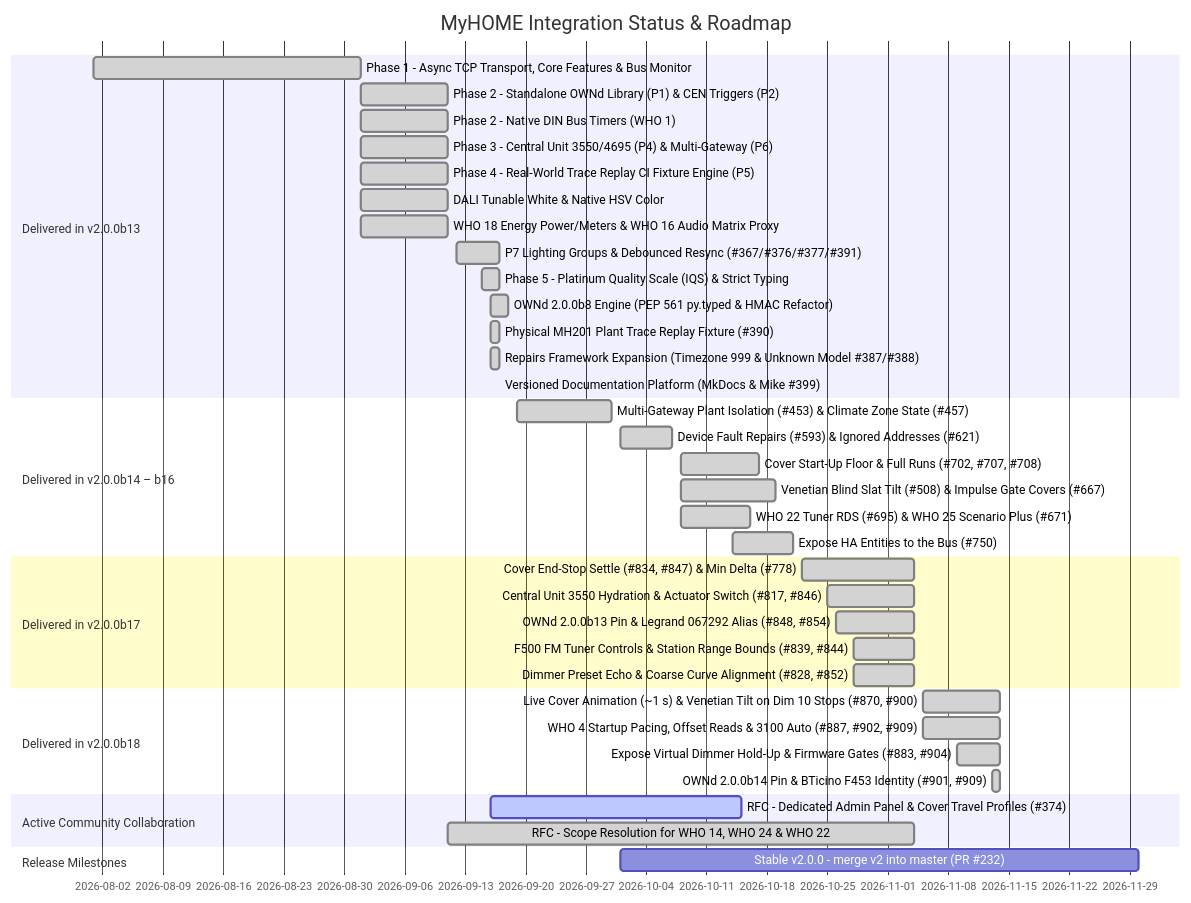
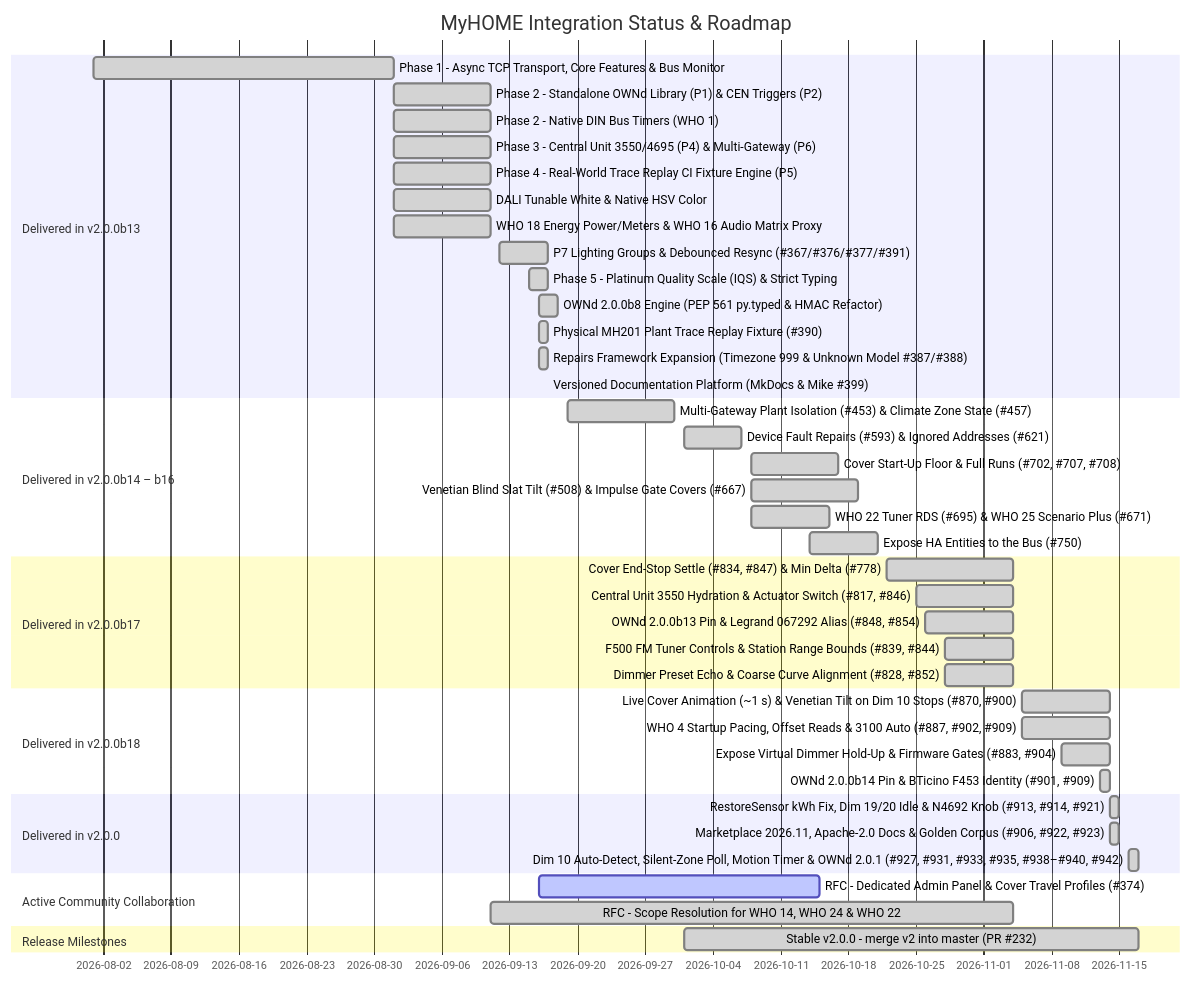
One commit to OpenWebNet-HA/MyHOME changed the first of 3 diagrams in ROADMAP.md. Above: the diagram before and after it, drawn with Mermaid. The commit also changed other lines of this file and 22 other files, not shown here.

````diff
--- a/ROADMAP.md
+++ b/ROADMAP.md
@@ -13,42 +13,46 @@
 ```mermaid
 gantt
     title MyHOME Integration Status & Roadmap
     dateFormat  YYYY-MM-DD
     section Delivered in v2.0.0b13
     Phase 1 - Async TCP Transport, Core Features & Bus Monitor      :done, 2026-08-01, 2026-09-01
     Phase 2 - Standalone OWNd Library (P1) & CEN Triggers (P2)      :done, 2026-09-01, 2026-09-11
     Phase 2 - Native DIN Bus Timers (WHO 1)                         :done, 2026-09-01, 2026-09-11
     Phase 3 - Central Unit 3550/4695 (P4) & Multi-Gateway (P6)      :done, 2026-09-01, 2026-09-11
     Phase 4 - Real-World Trace Replay CI Fixture Engine (P5)        :done, 2026-09-01, 2026-09-11
     DALI Tunable White & Native HSV Color                           :done, 2026-09-01, 2026-09-11
     WHO 18 Energy Power/Meters & WHO 16 Audio Matrix Proxy          :done, 2026-09-01, 2026-09-11
     P7 Lighting Groups & Debounced Resync (#367/#376/#377/#391)     :done, 2026-09-12, 2026-09-17
     Phase 5 - Platinum Quality Scale (IQS) & Strict Typing          :done, 2026-09-15, 2026-09-17
     OWNd 2.0.0b8 Engine (PEP 561 py.typed & HMAC Refactor)          :done, 2026-09-16, 2026-09-18
     Physical MH201 Plant Trace Replay Fixture (#390)                :done, 2026-09-16, 2026-09-17
     Repairs Framework Expansion (Timezone 999 & Unknown Model #387/#388) :done, 2026-09-16, 2026-09-17
     Versioned Documentation Platform (MkDocs & Mike #399)           :done, 2026-09-17, 2026-09-17
     section Delivered in v2.0.0b14 – b16
     Multi-Gateway Plant Isolation (#453) & Climate Zone State (#457) :done, 2026-09-19, 2026-09-30
     Device Fault Repairs (#593) & Ignored Addresses (#621)          :done, 2026-10-01, 2026-10-07
     Cover Start-Up Floor & Full Runs (#702, #707, #708)             :done, 2026-10-08, 2026-10-17
     Venetian Blind Slat Tilt (#508) & Impulse Gate Covers (#667)    :done, 2026-10-08, 2026-10-19
     WHO 22 Tuner RDS (#695) & WHO 25 Scenario Plus (#671)           :done, 2026-10-08, 2026-10-16
     Expose HA Entities to the Bus (#750)                            :done, 2026-10-14, 2026-10-21
     section Delivered in v2.0.0b17
     Cover End-Stop Settle (#834, #847) & Min Delta (#778)           :done, 2026-10-22, 2026-11-04
     Central Unit 3550 Hydration & Actuator Switch (#817, #846)       :done, 2026-10-25, 2026-11-04
     OWNd 2.0.0b13 Pin & Legrand 067292 Alias (#848, #854)           :done, 2026-10-26, 2026-11-04
     F500 FM Tuner Controls & Station Range Bounds (#839, #844)       :done, 2026-10-28, 2026-11-04
     Dimmer Preset Echo & Coarse Curve Alignment (#828, #852)         :done, 2026-10-28, 2026-11-04
     section Delivered in v2.0.0b18
     Live Cover Animation (~1 s) & Venetian Tilt on Dim 10 Stops (#870, #900) :done, 2026-11-05, 2026-11-14
     WHO 4 Startup Pacing, Offset Reads & 3100 Auto (#887, #902, #909) :done, 2026-11-05, 2026-11-14
     Expose Virtual Dimmer Hold-Up & Firmware Gates (#883, #904)      :done, 2026-11-09, 2026-11-14
     OWNd 2.0.0b14 Pin & BTicino F453 Identity (#901, #909)           :done, 2026-11-13, 2026-11-14
+    section Delivered in v2.0.0
+    RestoreSensor kWh Fix, Dim 19/20 Idle & N4692 Knob (#913, #914, #921) :done, 2026-11-14, 2026-11-15
+    Marketplace 2026.11, Apache-2.0 Docs & Golden Corpus (#906, #922, #923) :done, 2026-11-14, 2026-11-15
+    Dim 10 Auto-Detect, Silent-Zone Poll, Motion Timer & OWNd 2.0.1 (#927, #931, #933, #935, #938–#940, #942) :done, 2026-11-16, 2026-11-17
     section Active Community Collaboration
     RFC - Dedicated Admin Panel & Cover Travel Profiles (#374)      :active, 2026-09-16, 2026-10-15
     RFC - Scope Resolution for WHO 14, WHO 24 & WHO 22              :done, 2026-09-11, 2026-11-04
     section Release Milestones
-    Stable v2.0.0 - merge v2 into master (PR #232)                  :2026-10-01, 2026-11-30
+    Stable v2.0.0 - merge v2 into master (PR #232)                  :done, 2026-10-01, 2026-11-17
 ```
````
